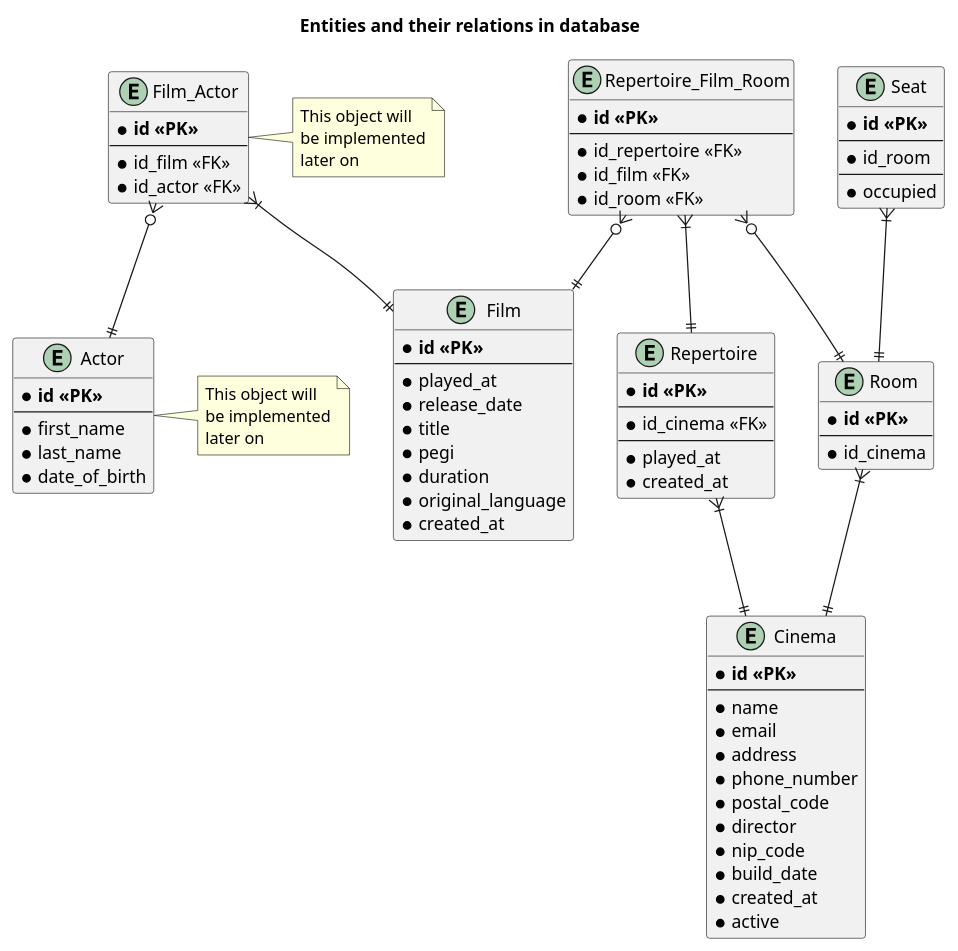
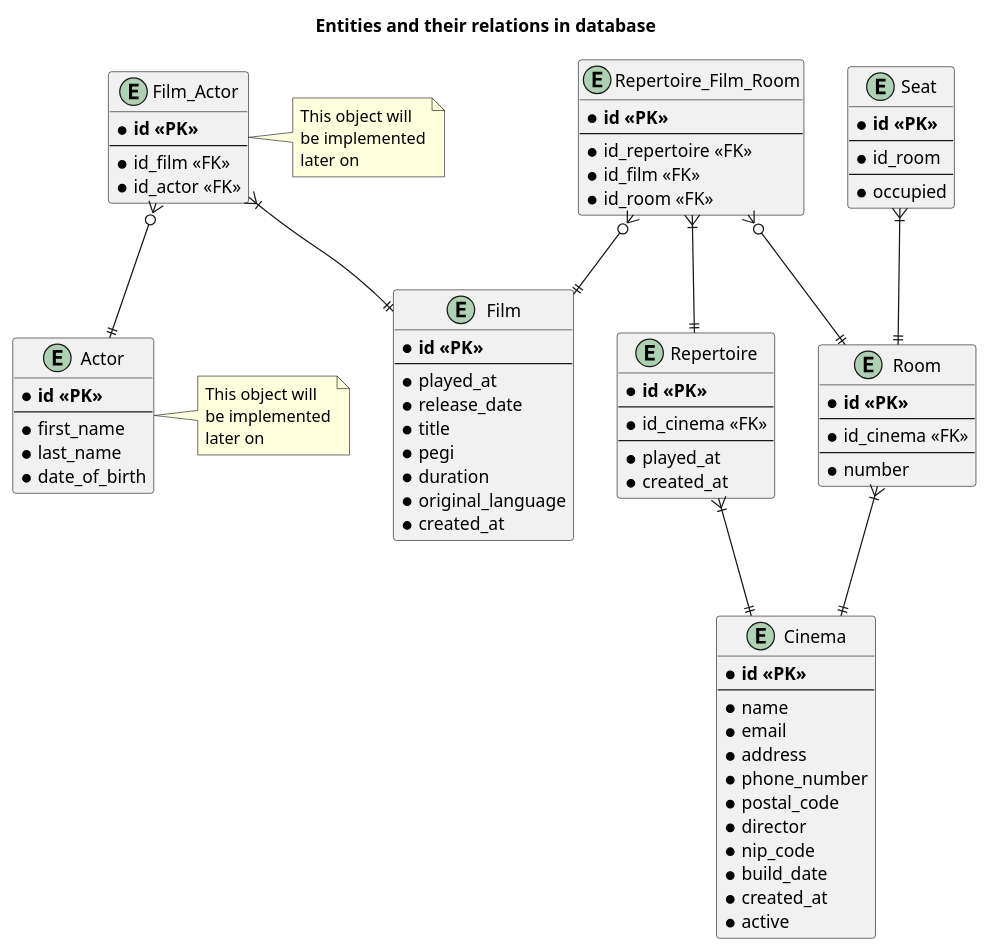
One commit to Matiar15/cinema-gateway changed the diagram in documentation/database/db_relations.puml. Above: the diagram before and after it, drawn with PlantUML. The commit also changed 15 other files, not shown here.

```diff
--- a/documentation/database/db_relations.puml
+++ b/documentation/database/db_relations.puml
@@ -1,83 +1,85 @@
 @startuml
 title Entities and their relations in database
 
 entity Cinema {
     * **id <<PK>>**
     --
     * name
     * email
     * address
     * phone_number
     * postal_code
     * director
     * nip_code
     * build_date
     * created_at
     * active
 }
 
 entity Repertoire {
     * **id <<PK>>**
     --
     * id_cinema <<FK>>
     --
     * played_at
     * created_at
 }
 
 entity Film {
     * **id <<PK>>**
     --
     * played_at
     * release_date
     * title
     * pegi
     * duration
     * original_language
     * created_at
 }
 
 entity Repertoire_Film_Room {
     * **id <<PK>>**
     --
     * id_repertoire <<FK>>
     * id_film <<FK>>
     * id_room <<FK>>
 }
 entity Room {
     * **id <<PK>>**
     --
-    * id_cinema
+    * id_cinema <<FK>>
+    --
+    * number
 }
 entity Seat {
     * **id <<PK>>**
     --
     * id_room
     --
     * occupied
 }
 
 entity Film_Actor {
     * **id <<PK>>**
     --
     * id_film <<FK>>
     * id_actor <<FK>>
 }
 note right: This object will\nbe implemented\nlater on
 entity Actor {
     * **id <<PK>>**
     --
     * first_name
     * last_name
     * date_of_birth
 }
 note right: This object will\nbe implemented\nlater on
 Repertoire      }|--|| Cinema
 Repertoire_Film_Room }o--|| Film
 Repertoire_Film_Room }|--|| Repertoire
 Seat            }|--|| Room
 Film_Actor      }|--|| Film
 Film_Actor      }o--|| Actor
 Room            }|--|| Cinema
 Repertoire_Film_Room }o--|| Room
 @enduml
```
